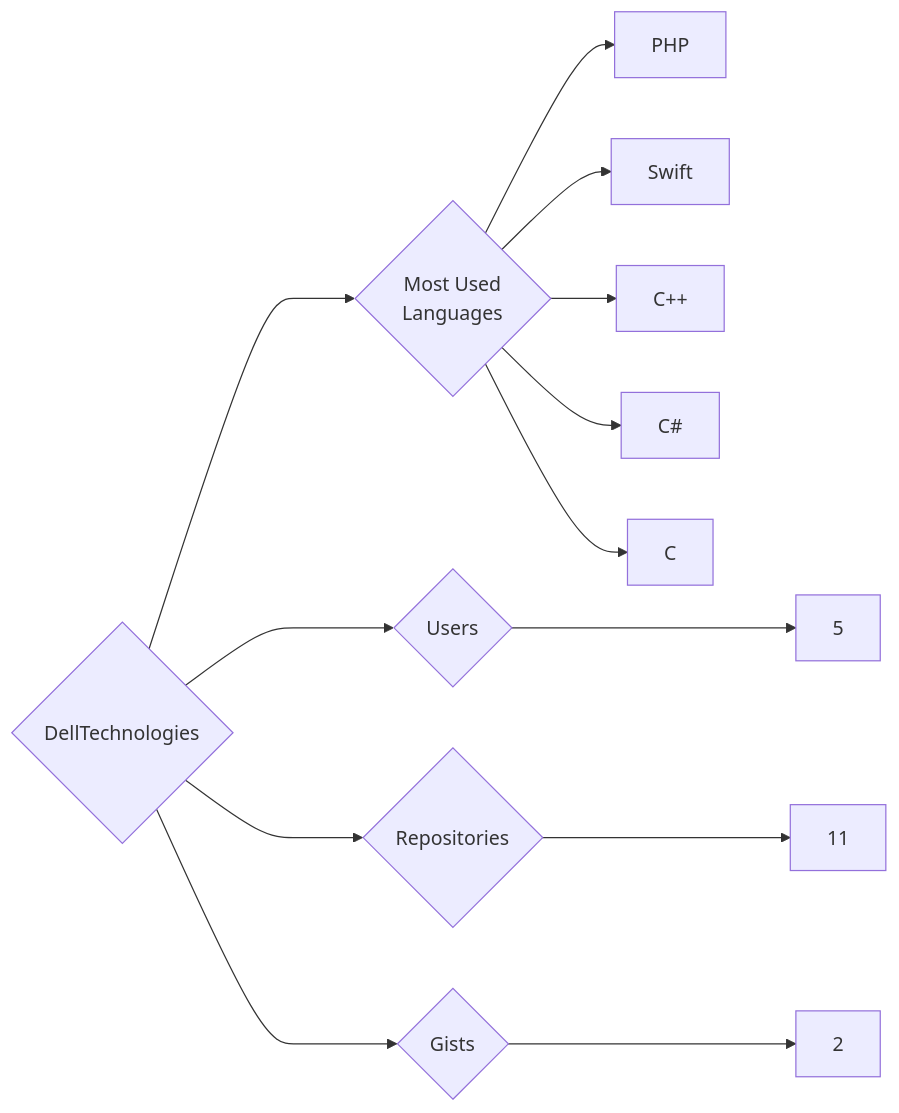
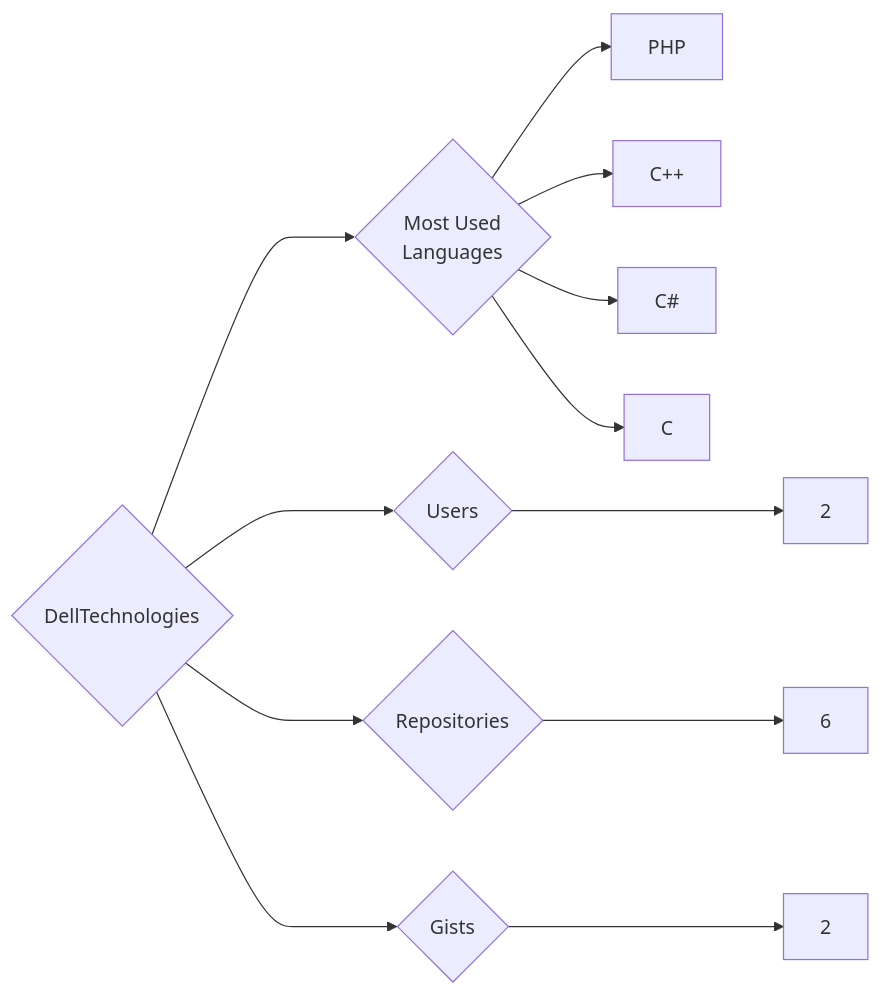
One commit to trickest/insiders changed the diagram in targets/DellTechnologies/README.md. Above: the diagram before and after it, drawn with Mermaid. The commit also changed 1036 other files, not shown here.

````diff
--- a/targets/DellTechnologies/README.md
+++ b/targets/DellTechnologies/README.md
@@ -3,13 +3,12 @@
 ```mermaid
 graph LR
 COMPANY_NAME{DellTechnologies}
-COMPANY_NAME ---> U{Users} ---> UN[5]
-COMPANY_NAME ---> R{Repositories} ---> RN[11]
+COMPANY_NAME ---> U{Users} ---> UN[2]
+COMPANY_NAME ---> R{Repositories} ---> RN[6]
 COMPANY_NAME ---> G{Gists} ---> GN[2]
 COMPANY_NAME ---> ML{Most Used<br>Languages}
 ML --> PHP[PHP]
-ML --> Swift[Swift]
 ML --> C++[C++]
 ML --> C#[C#]
 ML --> C[C]
 ```
````
